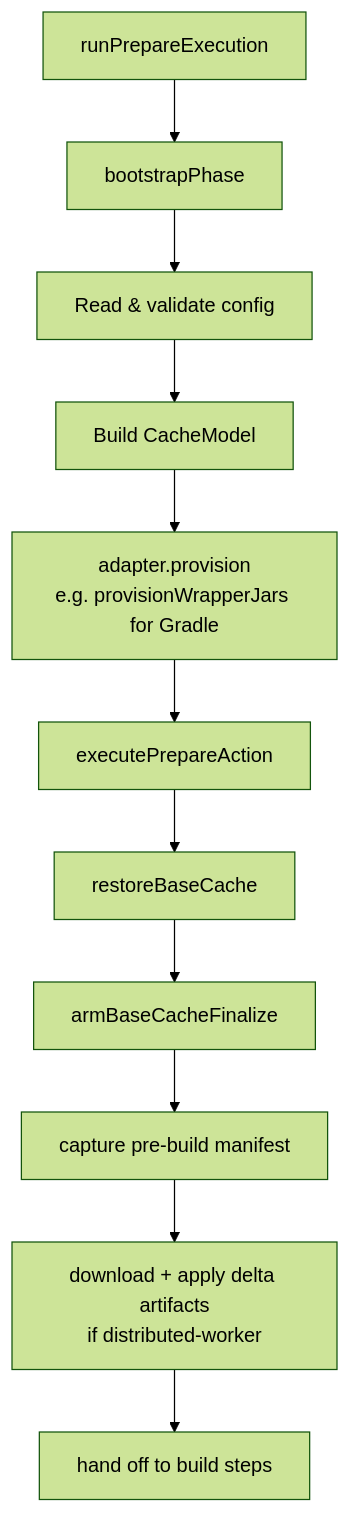
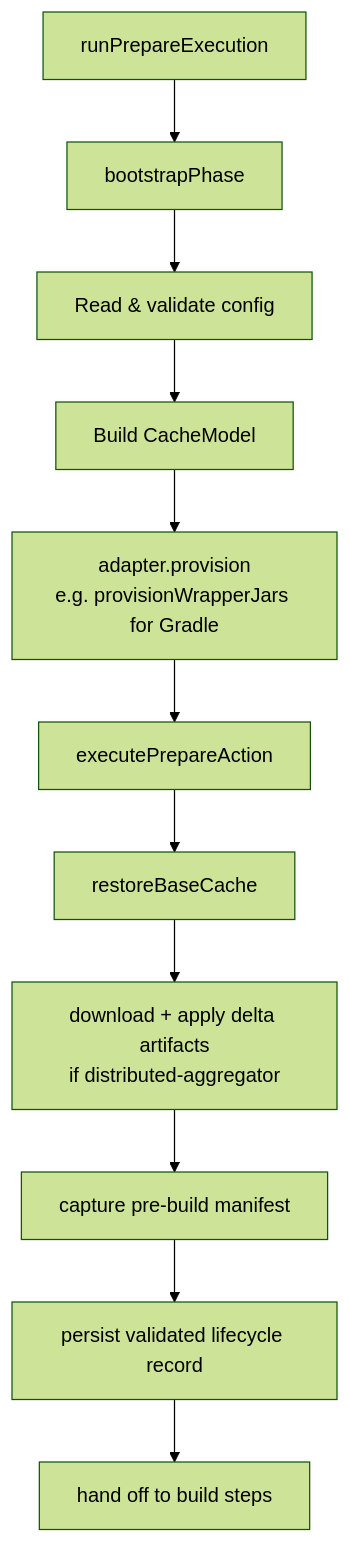
The first of 2 diagrams in docs/architecture/bootstrap.md (buildish-tooling/buildish-mammoth-cache), drawn with Mermaid (forest theme) before and after one commit. The commit also changed other lines of this file and 24 other files, not shown here.

Commit message:
Implement generation-aware cache lifecycle

````diff
--- a/docs/architecture/bootstrap.md
+++ b/docs/architecture/bootstrap.md
@@ -41,13 +41,13 @@
 ```mermaid
 flowchart TD
     A[runPrepareExecution] --> B[bootstrapPhase]
     B --> C[Read & validate config]
     C --> D[Build CacheModel]
     D --> E[adapter.provision\ne.g. provisionWrapperJars for Gradle]
     E --> F[executePrepareAction]
     F --> G[restoreBaseCache]
-    G --> H[armBaseCacheFinalize]
+    G --> H[download + apply delta artifacts\nif distributed-aggregator]
     H --> I[capture pre-build manifest]
-    I --> J[download + apply delta artifacts\nif distributed-worker]
+    I --> J[persist validated lifecycle record]
     J --> Z[hand off to build steps]
 ```
````
